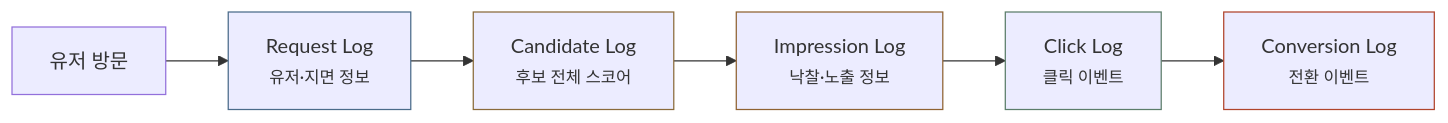
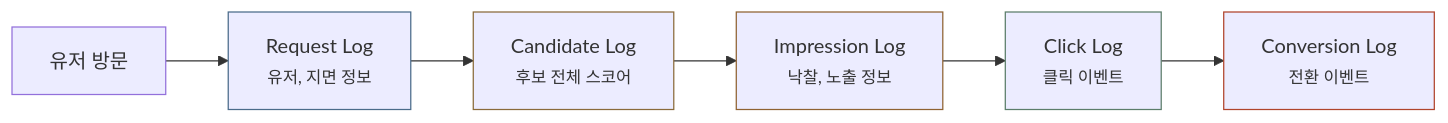
Before and after one commit to chkimsu/adtech-blog: the first of 5 diagrams in posts/ad-log-system.md, drawn with Mermaid. The commit also changed other lines of this file and 25 other files, not shown here.

````diff
--- a/posts/ad-log-system.md
+++ b/posts/ad-log-system.md
@@ -24,14 +24,14 @@
 ```mermaid
 graph LR
-    A["유저 방문"] --> B["Request Log<br/><small>유저·지면 정보</small>"]
+    A["유저 방문"] --> B["Request Log<br/><small>유저, 지면 정보</small>"]
     B --> C["Candidate Log<br/><small>후보 전체 스코어</small>"]
-    C --> D["Impression Log<br/><small>낙찰·노출 정보</small>"]
+    C --> D["Impression Log<br/><small>낙찰, 노출 정보</small>"]
     D --> E["Click Log<br/><small>클릭 이벤트</small>"]
     E --> F["Conversion Log<br/><small>전환 이벤트</small>"]
 
     style B stroke:#4a6b8a
     style C stroke:#8a6a3a
     style D stroke:#8f6231
     style E stroke:#5b7d6a
     style F stroke:#b0442c
 ```
````
